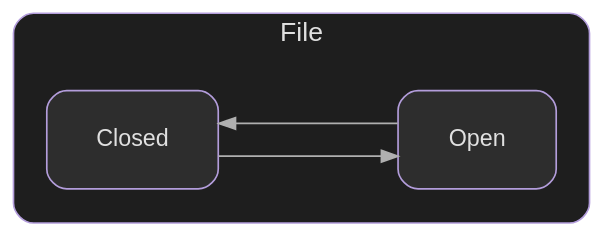
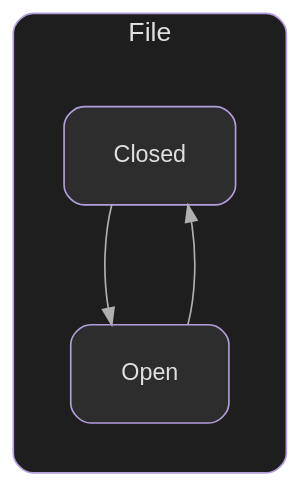
The diagram in docs/assets/images/generated/file.dot (elijahr/nim-typestates), drawn with Graphviz before and after one commit. The commit also changed 12 other files, not shown here.

First line of the commit message:
feat(cli): add splines mode and edge distribution for cleaner diagrams

```diff
--- a/docs/assets/images/generated/file.dot
+++ b/docs/assets/images/generated/file.dot
@@ -1,31 +1,31 @@
 digraph {
-  rankdir=LR;
-  splines=ortho;
+  rankdir=TB;
+  splines=spline;
   compound=true;
-  nodesep=0.8;
-  ranksep=1.5;
+  nodesep=1.0;
+  ranksep=1.0;
   bgcolor="transparent";
   pad=0.3;
 
   node [shape=box, style="rounded,filled", fillcolor="#2d2d2d", color="#b39ddb", fontcolor="#e0e0e0", fontname="sans-serif", fontsize=14, margin="0.4,0.3"];
   edge [fontname="sans-serif", fontsize=11, color="#b0b0b0"];
 
   subgraph cluster_File {
     label="File";
     fontname="sans-serif";
     fontsize=16;
     fontcolor="#e0e0e0";
     labelloc=t;
     style="rounded";
     color="#b39ddb";
     bgcolor="#1e1e1e";
-    margin=20;
+    margin=30;
 
     Closed;
     Open;
 
     Closed -> Open;
     Open -> Closed;
   }
 
 }
```
